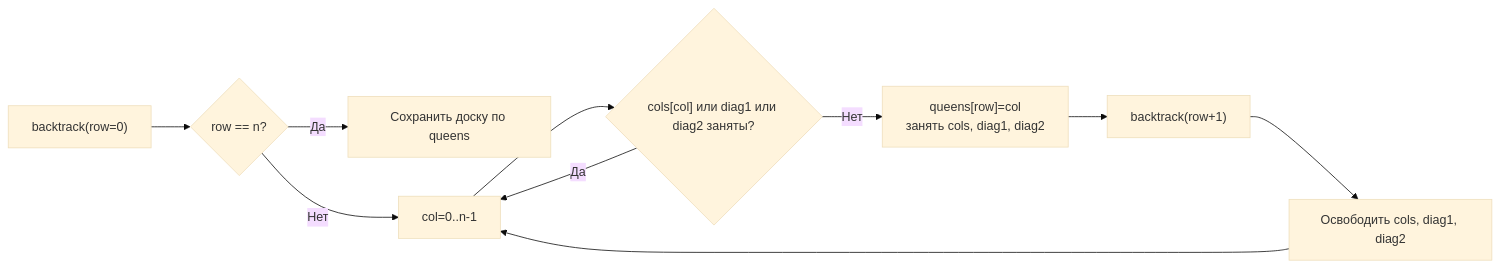
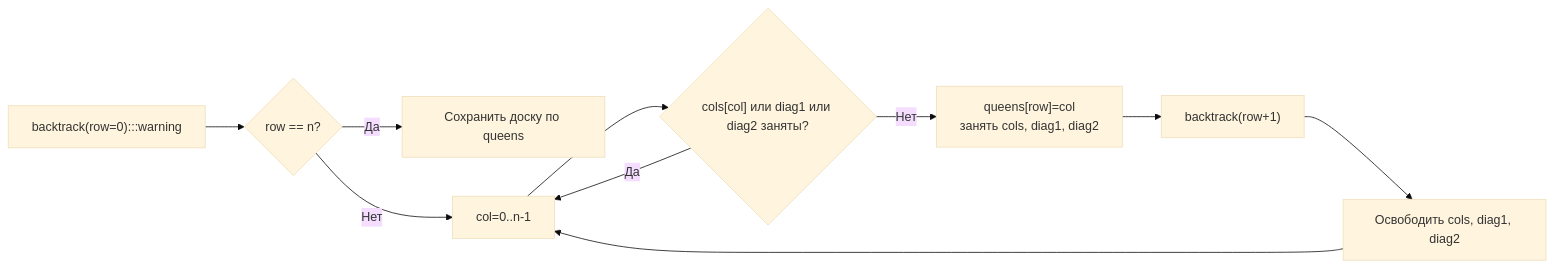
Before and after one commit to UnrealTemplier/go-textbook: the diagram in sources/21. Задачи с LeetCode и собеседований на Go/02. Задачи/10. Backtracking/9. N Queens.md, drawn with Mermaid (base theme). The commit also changed 1666 other files, not shown here.

First line of the commit message:
feat(mermaid): add semantic color classDef to 1369 colorless flowchart/graph diagrams

````diff
--- a/sources/21. Задачи с LeetCode и собеседований на Go/02. Задачи/10. Backtracking/9. N Queens.md
+++ b/sources/21. Задачи с LeetCode и собеседований на Go/02. Задачи/10. Backtracking/9. N Queens.md
@@ -100,12 +100,22 @@
 ```mermaid
 flowchart LR
-    A["backtrack(row=0)"] --> B{"row == n?"}
+    classDef process  fill:#1e293b,stroke:#38bdf8,stroke-width:1px,color:#f8fafc
+    classDef success  fill:#064e3b,stroke:#34d399,stroke-width:1px,color:#f8fafc
+    classDef error    fill:#7f1d1d,stroke:#f87171,stroke-width:1px,color:#f8fafc
+    classDef warning  fill:#78350f,stroke:#fbbf24,stroke-width:1px,color:#f8fafc
+    classDef entry    fill:#1e3a5f,stroke:#38bdf8,stroke-width:2px,color:#f8fafc
+    classDef aux      fill:#334155,stroke:#64748b,stroke-width:1px,color:#f8fafc
+    classDef system   fill:#312e81,stroke:#a78bfa,stroke-width:1px,color:#f8fafc
+    classDef data     fill:#132d29,stroke:#2dd4bf,stroke-width:1px,color:#f8fafc
+    classDef network  fill:#881337,stroke:#fb7185,stroke-width:1px,color:#f8fafc
+    classDef accent   fill:#1e1b4b,stroke:#818cf8,stroke-width:1px,color:#f8fafc
+    A["backtrack(row=0):::warning"] --> B{"row == n?"}
     B -->|"Да"| C["Сохранить доску по queens"]
     B -->|"Нет"| D["col=0..n-1"]
     D --> E{"cols[col] или diag1 или diag2 заняты?"}
     E -->|"Да"| D
     E -->|"Нет"| F["queens[row]=col<br>занять cols, diag1, diag2"]
     F --> G["backtrack(row+1)"]
     G --> H["Освободить cols, diag1, diag2"]
     H --> D
 ```
````
